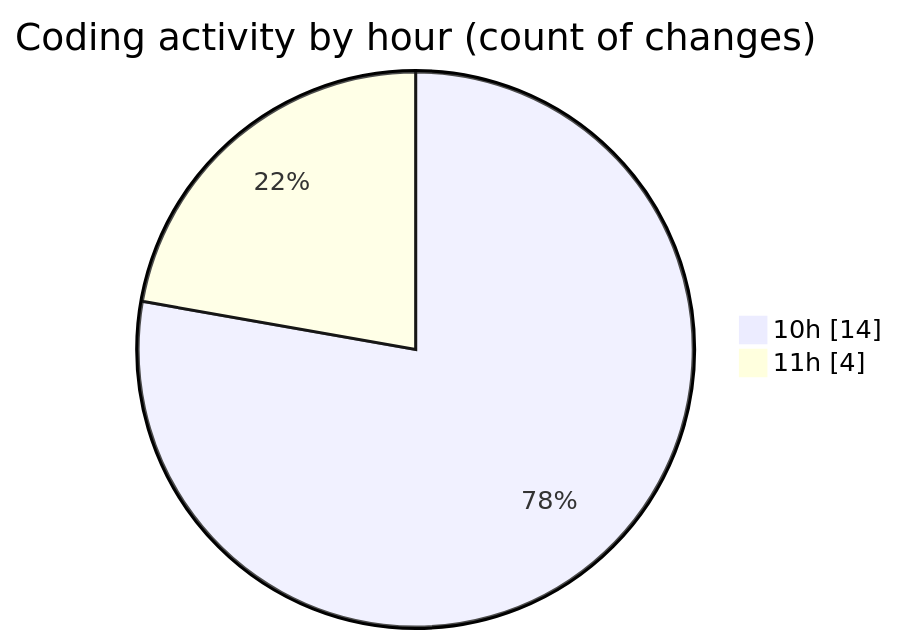
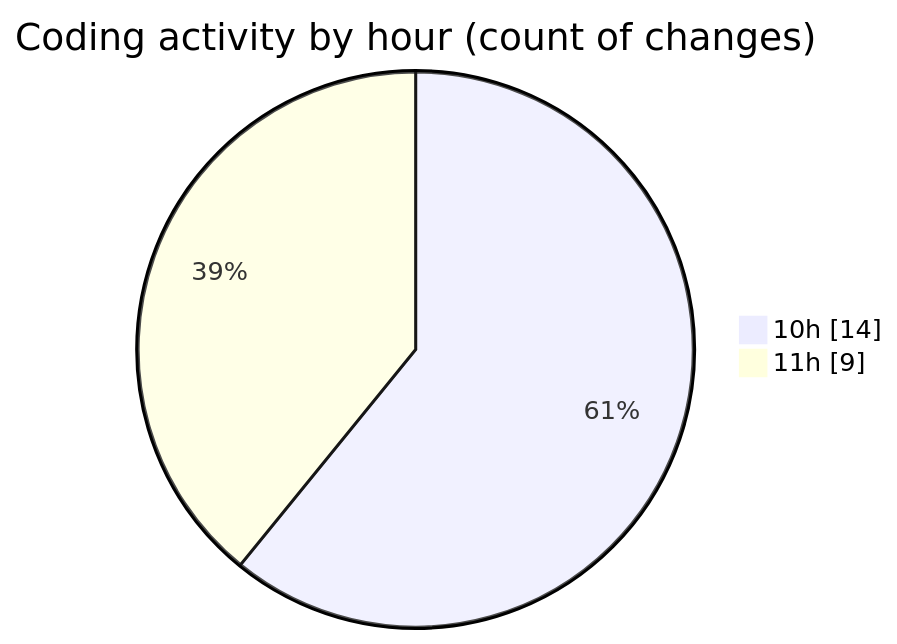
One commit to Elitesun/code-tracking changed the second of 2 diagrams in 2025-02-08/react_ecom/README.md. Above: the diagram before and after it, drawn with Mermaid. The commit also changed other lines of this file and 1 other file, not shown here.

````diff
--- a/2025-02-08/react_ecom/README.md
+++ b/2025-02-08/react_ecom/README.md
@@ -32,6 +34,6 @@
 ```mermaid
 pie showData
 title Coding activity by hour (count of changes)
 "10h" : 14
-"11h" : 4
+"11h" : 9
 ```
````
